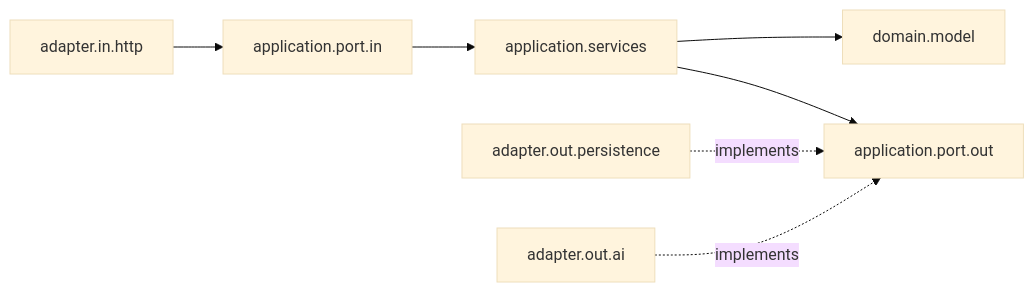
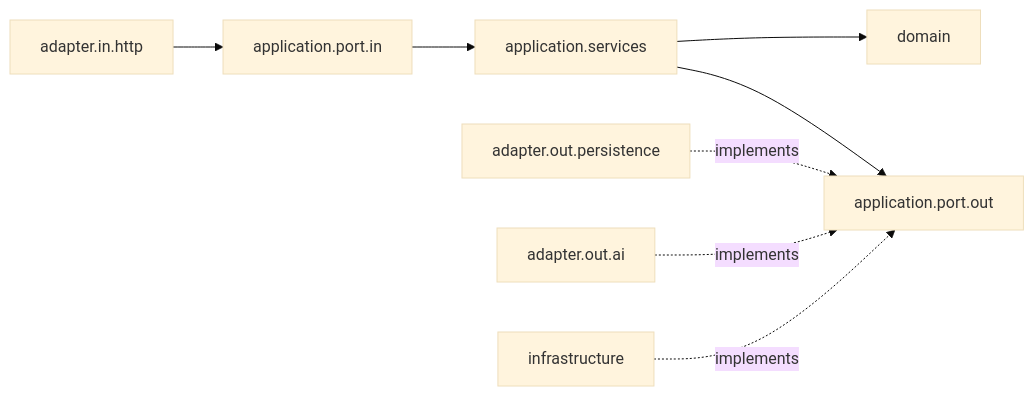
The diagram in README.md (jacidProgrammer/HRWebApp), drawn with Mermaid (base theme) before and after one commit. The commit also changed other lines of this file and 96 other files, not shown here.

````diff
--- a/README.md
+++ b/README.md
@@ -46,9 +58,10 @@
 ```mermaid
 flowchart LR
     HTTP[adapter.in.http] --> IN[application.port.in]
     IN --> SVC[application.services]
     SVC --> OUT[application.port.out]
-    SVC --> DOM[domain.model]
+    SVC --> DOM[domain]
     JPA[adapter.out.persistence] -. implements .-> OUT
     AI[adapter.out.ai] -. implements .-> OUT
+    INF[infrastructure] -. implements .-> OUT
 ```
````
